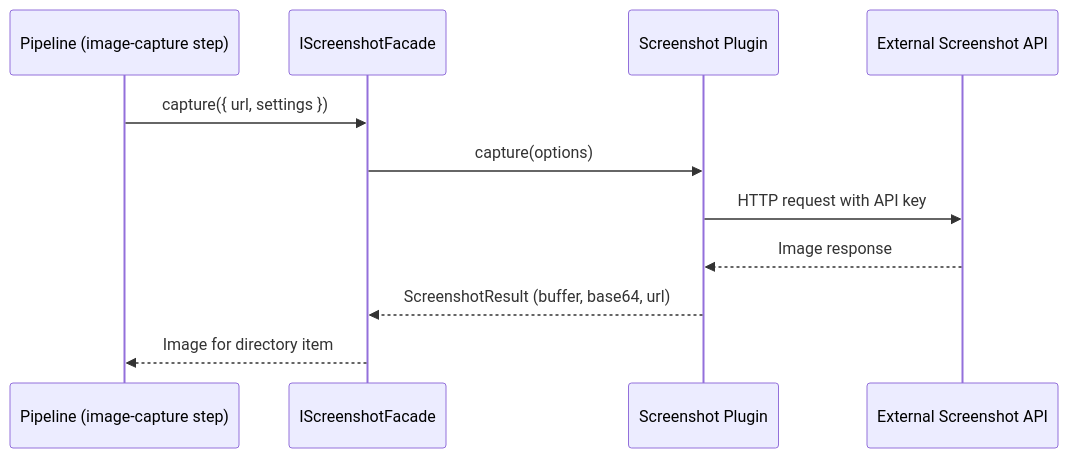
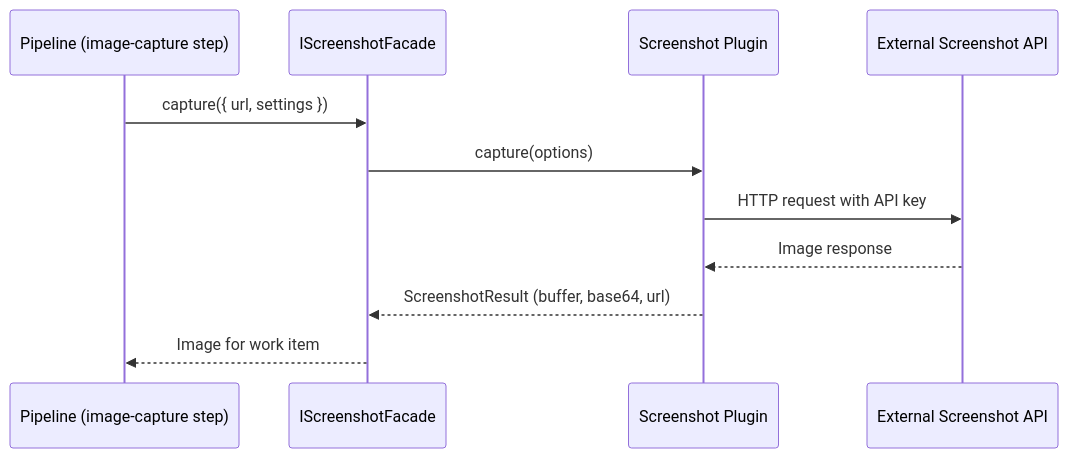
One commit to ever-works/ever-works changed the diagram in docs/plugin-system/creating-screenshot-plugin.md. Above: the diagram before and after it, drawn with Mermaid. The commit also changed other lines of this file and 395 other files, not shown here.

````diff
--- a/docs/plugin-system/creating-screenshot-plugin.md
+++ b/docs/plugin-system/creating-screenshot-plugin.md
@@ -16,14 +16,14 @@
 ```mermaid
 sequenceDiagram
     participant Pipeline as Pipeline (image-capture step)
     participant Facade as IScreenshotFacade
     participant Plugin as Screenshot Plugin
     participant API as External Screenshot API
 
     Pipeline->>Facade: capture({ url, settings })
     Facade->>Plugin: capture(options)
     Plugin->>API: HTTP request with API key
     API-->>Plugin: Image response
     Plugin-->>Facade: ScreenshotResult (buffer, base64, url)
-    Facade-->>Pipeline: Image for directory item
+    Facade-->>Pipeline: Image for work item
 ```
````
